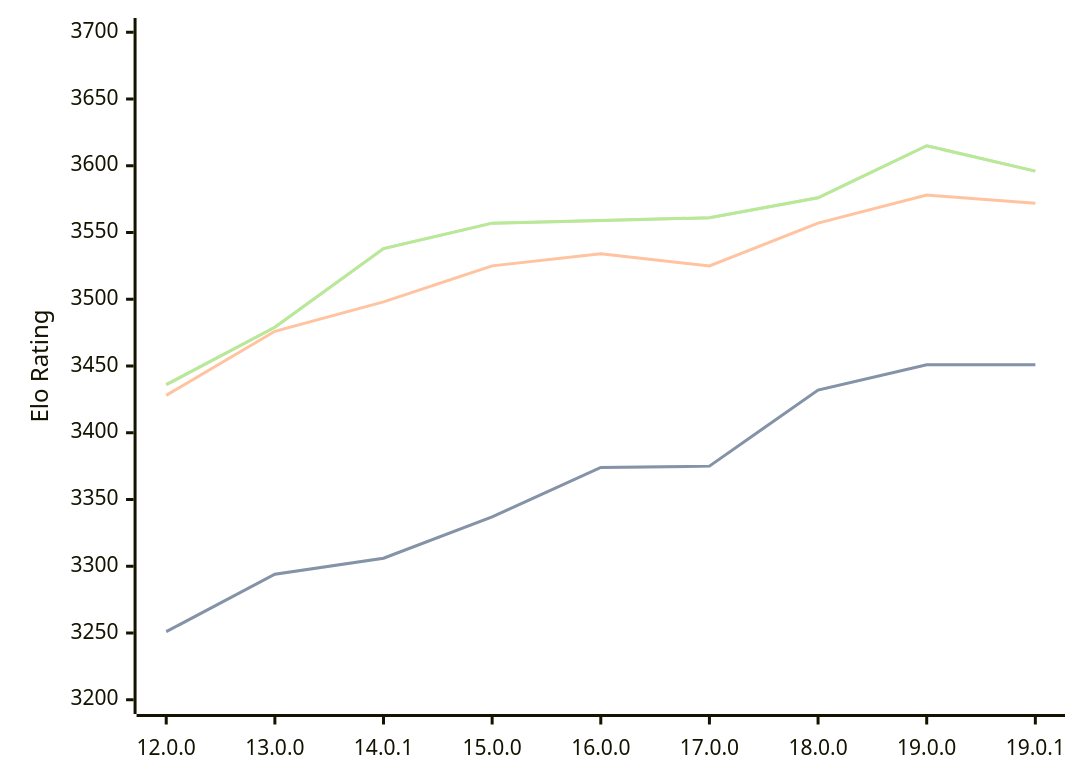
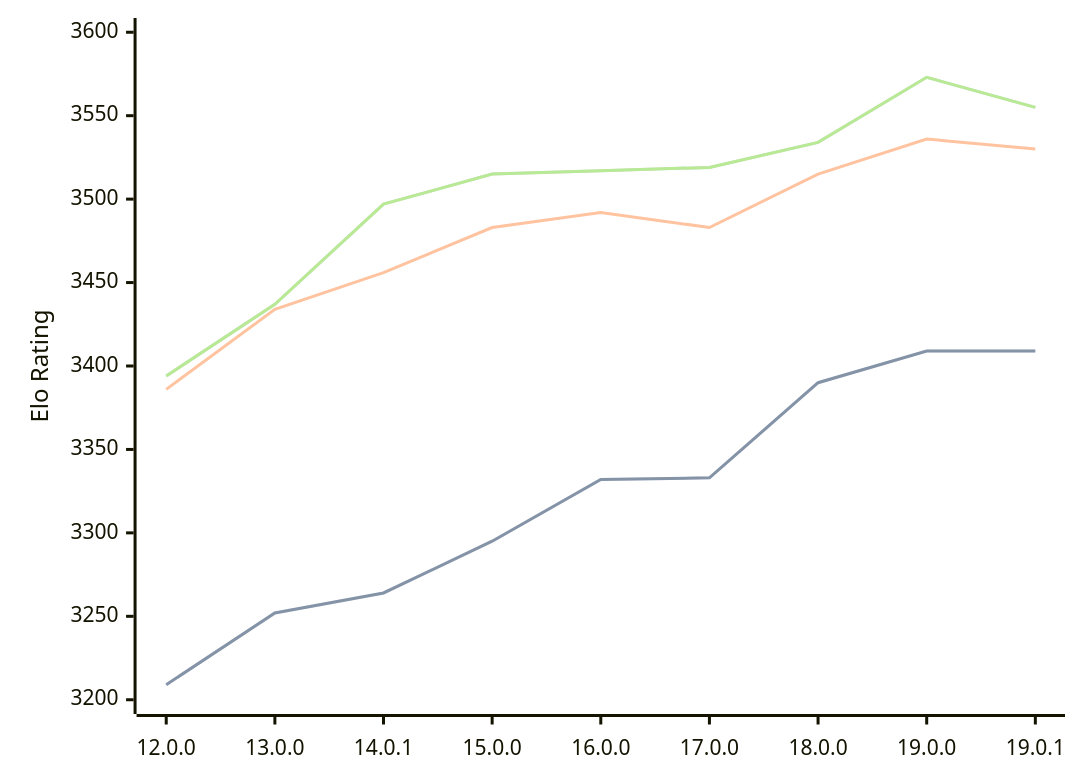
The diagram in engines/Viridithas.md (computer-chess-index/cci), drawn with Mermaid before and after one commit. The commit also changed other lines of this file, not shown here.

Commit message:
Update CCI Ratings (ELO VLTC) - 2026-05-19

````diff
--- a/engines/Viridithas.md
+++ b/engines/Viridithas.md
@@ -63,11 +63,11 @@
 ```mermaid
 %%{init: {"theme":"base","themeVariables":{"seriesColors:['#a3a3a3','#222221','#faa371']}}}%%
 xychart-beta
   x-axis ["12.0.0", "13.0.0", "14.0.1", "15.0.0", "16.0.0", "17.0.0", "18.0.0", "19.0.0", "19.0.1"]
-  y-axis "Elo Rating" 3200 --> 3700
-  line "STC (8.0+0.08s)" [3251, 3294, 3306, 3337, 3374, 3375, 3432, 3451, 3451]
-  line "STC (8.0+0.08s)" [3251, 3294, 3306, 3337, 3374, 3375, 3432, 3451, 3451]
-  line "LTC (60.0+0.60s)" [3428, 3476, 3498, 3525, 3534, 3525, 3557, 3578, 3572]
-  line "VLTC (2m24s+1.12s)" [3436, 3479, 3538, 3557, 3559, 3561, 3576, 3615, 3596]
-  line "VLTC (2m24s+1.12s)" [3436, 3479, 3538, 3557, 3559, 3561, 3576, 3615, 3596]
+  y-axis "Elo Rating" 3200 --> 3600
+  line "STC (8.0+0.08s)" [3209, 3252, 3264, 3295, 3332, 3333, 3390, 3409, 3409]
+  line "STC (8.0+0.08s)" [3209, 3252, 3264, 3295, 3332, 3333, 3390, 3409, 3409]
+  line "LTC (60.0+0.60s)" [3386, 3434, 3456, 3483, 3492, 3483, 3515, 3536, 3530]
+  line "VLTC (2m24s+1.12s)" [3394, 3437, 3497, 3515, 3517, 3519, 3534, 3573, 3555]
+  line "VLTC (2m24s+1.12s)" [3394, 3437, 3497, 3515, 3517, 3519, 3534, 3573, 3555]
 ```
````
